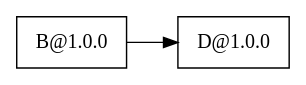
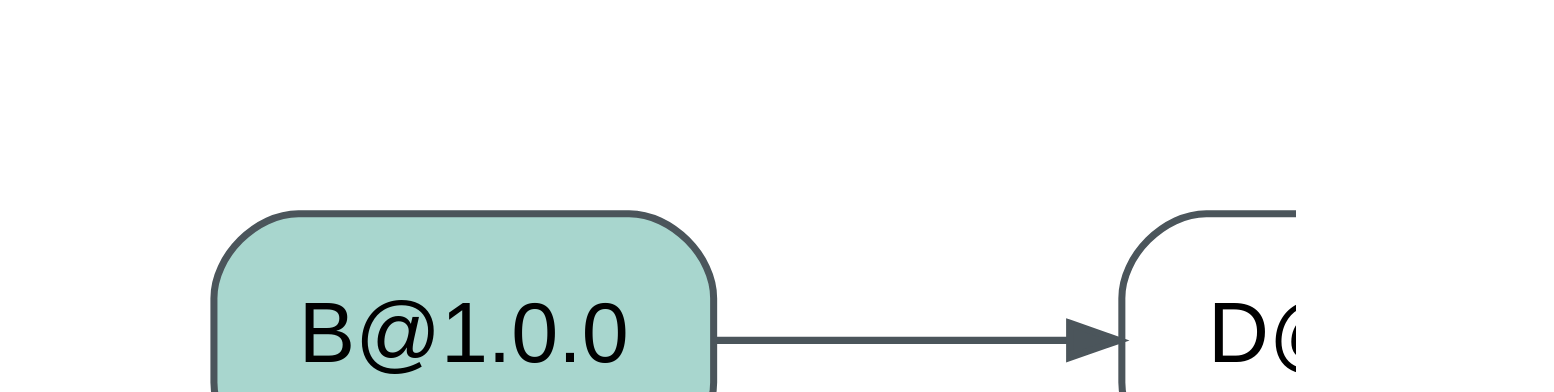
One commit to dar5win/MIKHAILOV-YAROSLAV-IKBO-12-25-2-PRACTICE changed the diagram in examples/B.dot. Above: the diagram before and after it, drawn with Graphviz. The commit also changed 17 other files, not shown here.

Commit message:
feat(render): generate PNG graphs and open images outside the browser

```diff
--- a/examples/B.dot
+++ b/examples/B.dot
@@ -1,7 +1,9 @@
 digraph Dependencies {
   rankdir=LR;
-  node [shape=box];
-  "B@1.0.0";
+  graph [bgcolor="white", pad="0.4", nodesep="0.35", ranksep="0.8", dpi=160];
+  node [shape=box, style="rounded,filled", fillcolor="white", color="#4b555b", fontname="Arial", fontsize=12, margin="0.16,0.10"];
+  edge [color="#4b555b", arrowsize=0.7];
+  "B@1.0.0" [fillcolor="#a8d6ce"];
   "B@1.0.0" -> "D@1.0.0";
   "D@1.0.0";
 }
```
